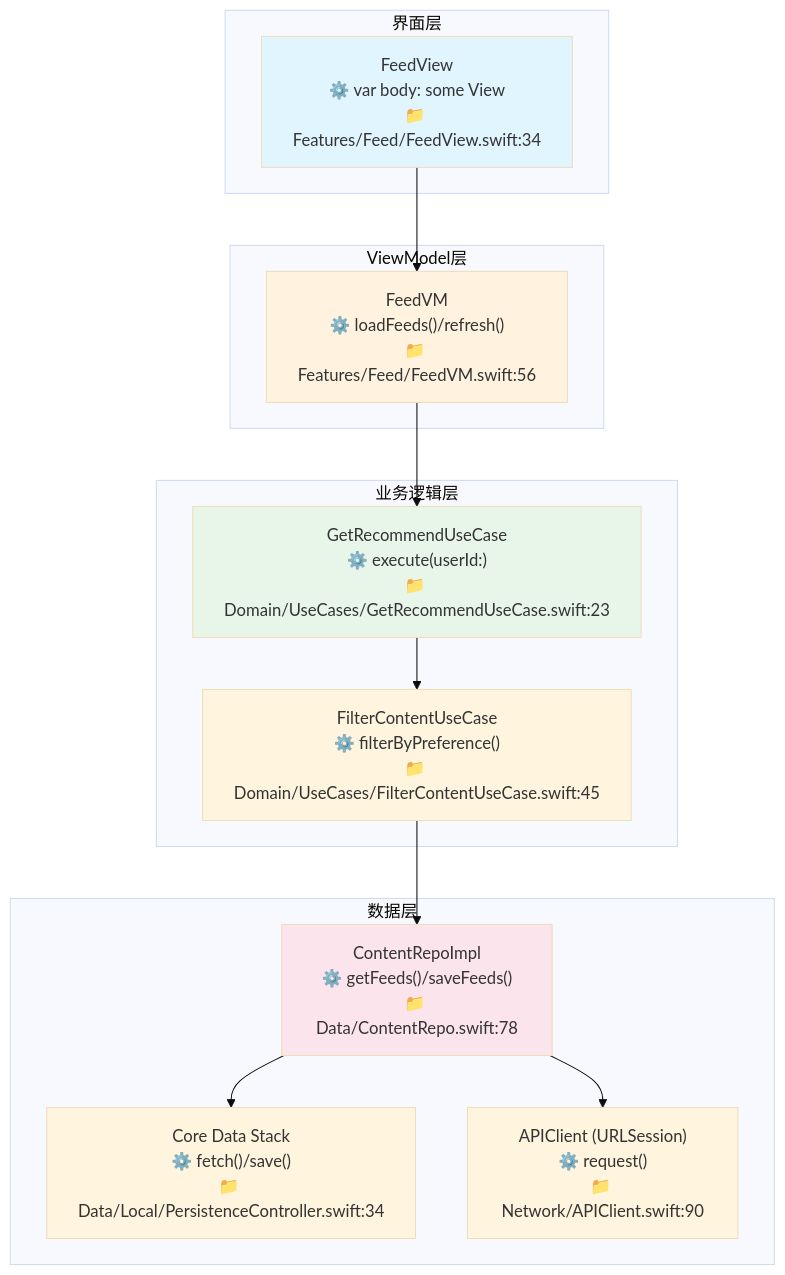
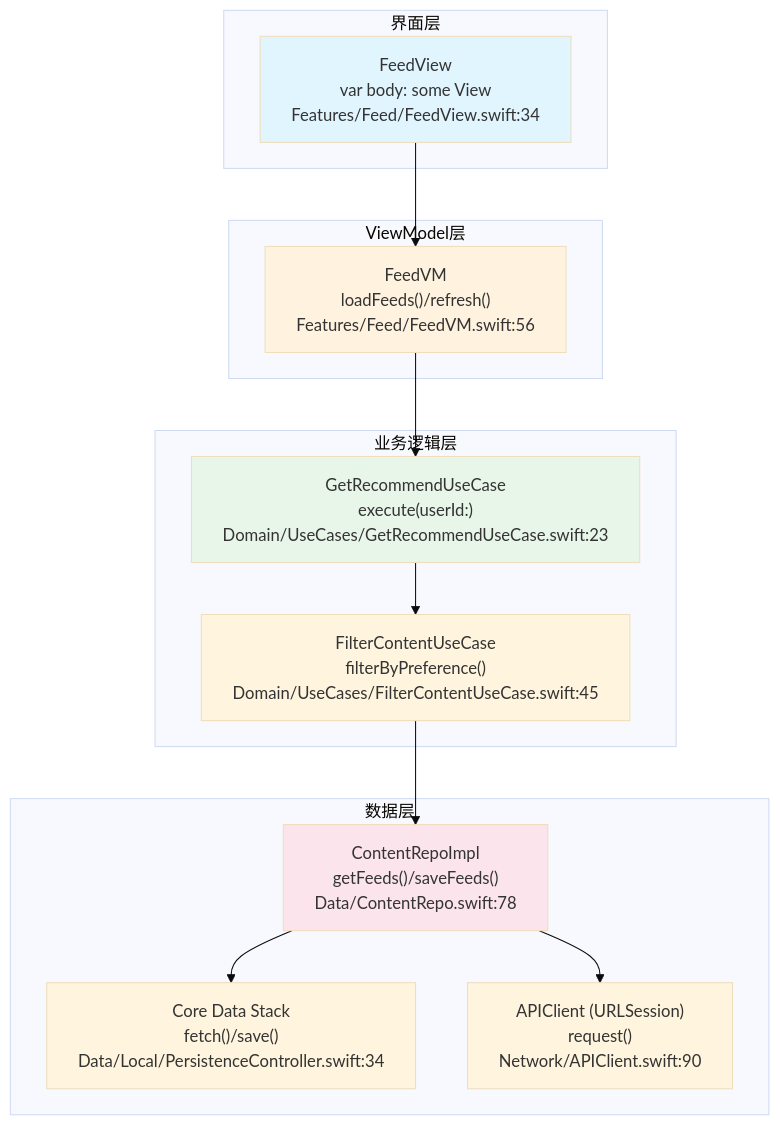
Before and after one commit to CaostGrace/project-arch-reverse: the fifth of 5 diagrams in references/ios-template.md, drawn with Mermaid (base theme). The commit also changed other lines of this file and 10 other files, not shown here.

Commit message:
fix: 修复 12.1 流程图 Mermaid 渲染问题 - 结构重组+节点引号+形状修复

````diff
--- a/references/ios-template.md
+++ b/references/ios-template.md
@@ -310,33 +325,34 @@
 ```mermaid
 flowchart TB
     subgraph UI[界面层]
-        FEED_VIEW["FeedView<br/>⚙️ var body: some View<br/>📁 Features/Feed/FeedView.swift:34"]
+        FEED_VIEW["FeedView<br>var body: some View<br>Features/Feed/FeedView.swift:34"]
+    end
+    subgraph VM[ViewModel层]
+        FEED_VM["FeedVM<br>loadFeeds()/refresh()<br>Features/Feed/FeedVM.swift:56"]
+    end
+    subgraph UseCase[业务逻辑层]
+        GET_RECOMMEND["GetRecommendUseCase<br>execute(userId:)<br>Domain/UseCases/GetRecommendUseCase.swift:23"]
+        FILTER_CONTENT["FilterContentUseCase<br>filterByPreference()<br>Domain/UseCases/FilterContentUseCase.swift:45"]
+    end
+    subgraph Data[数据层]
+        REPO["ContentRepoImpl<br>getFeeds()/saveFeeds()<br>Data/ContentRepo.swift:78"]
+        LOCAL_DS["Core Data Stack<br>fetch()/save()<br>Data/Local/PersistenceController.swift:34"]
+        REMOTE_DS["APIClient (URLSession)<br>request()<br>Network/APIClient.swift:90"]
     end
 
-    subgraph VM[ViewModel层]
-        FEED_VM["FeedVM<br/>⚙️ loadFeeds()/refresh()<br/>📁 Features/Feed/FeedVM.swift:56"]
-    end
 
-    subgraph UseCase[业务逻辑层]
-        GET_RECOMMEND["GetRecommendUseCase<br/>⚙️ execute(userId:)<br/>📁 Domain/UseCases/GetRecommendUseCase.swift:23"]
-        FILTER_CONTENT["FilterContentUseCase<br/>⚙️ filterByPreference()<br/>📁 Domain/UseCases/FilterContentUseCase.swift:45"]
-    end
 
-    subgraph Data[数据层]
-        REPO["ContentRepoImpl<br/>⚙️ getFeeds()/saveFeeds()<br/>📁 Data/ContentRepo.swift:78"]
-        LOCAL_DS["Core Data Stack<br/>⚙️ fetch()/save()<br/>📁 Data/Local/PersistenceController.swift:34"]
-        REMOTE_DS["APIClient (URLSession)<br/>⚙️ request()<br/>📁 Network/APIClient.swift:90"]
-    end
 
-    FEED_VIEW --> FEED_VM
-    FEED_VM --> GET_RECOMMEND
-    GET_RECOMMEND --> FILTER_CONTENT
-    FILTER_CONTENT --> REPO
-    REPO --> LOCAL_DS
-    REPO --> REMOTE_DS
 
-    style FEED_VIEW fill:#e1f5fe
-    style FEED_VM fill:#fff3e0
-    style GET_RECOMMEND fill:#e8f5e9
-    style REPO fill:#fce4ec
+FEED_VIEW --> FEED_VM
+FEED_VM --> GET_RECOMMEND
+GET_RECOMMEND --> FILTER_CONTENT
+FILTER_CONTENT --> REPO
+REPO --> LOCAL_DS
+REPO --> REMOTE_DS
+
+style FEED_VIEW fill:#e1f5fe
+style FEED_VM fill:#fff3e0
+style GET_RECOMMEND fill:#e8f5e9
+style REPO fill:#fce4ec
 ```
````
